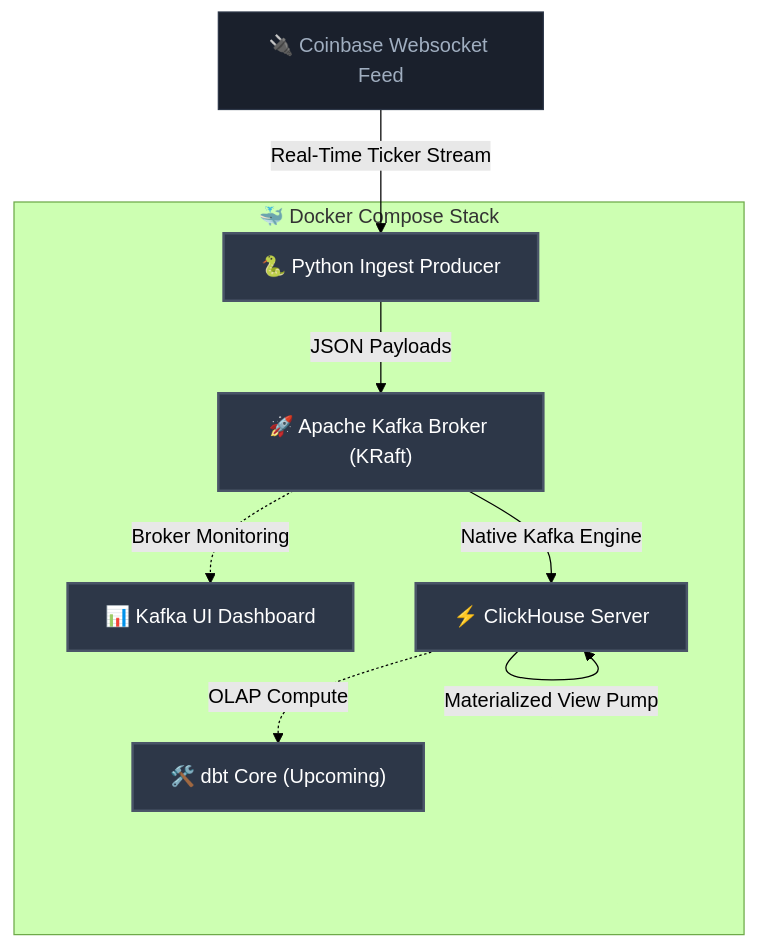
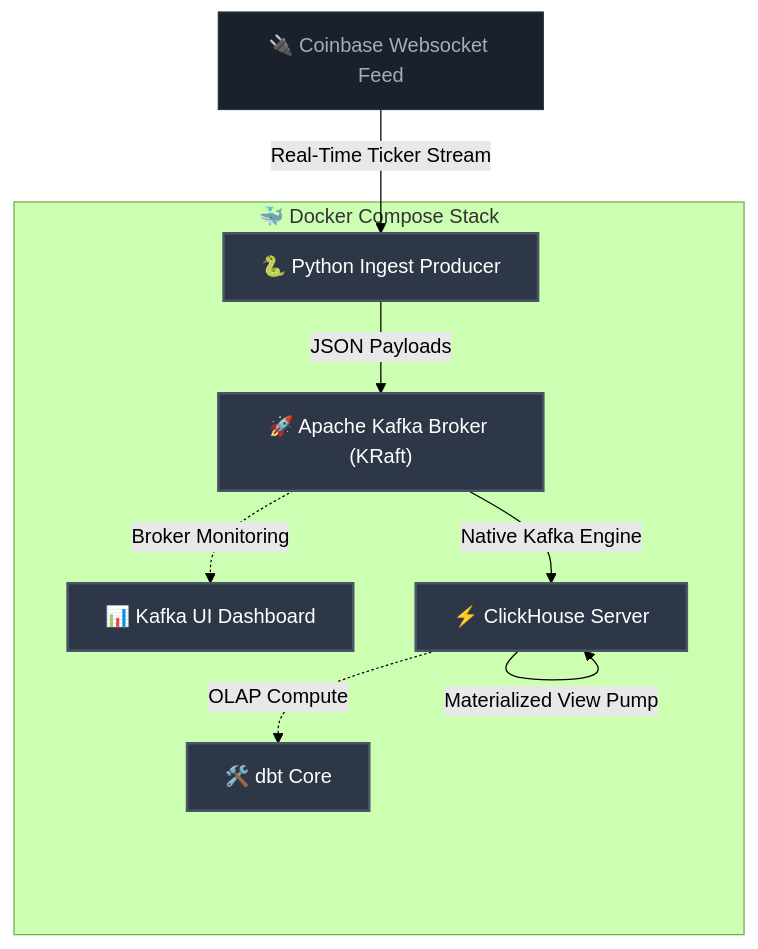
One commit to sysung/crypto-dash changed the diagram in README.md. Above: the diagram before and after it, drawn with Mermaid (forest theme). The commit also changed other lines of this file, not shown here.

````diff
--- a/README.md
+++ b/README.md
@@ -41,22 +9,22 @@
 ```mermaid
 graph TD
     classDef tech fill:#2d3748,stroke:#4a5568,stroke-width:2px,color:#fff;
     classDef external fill:#1a202c,stroke:#2d3748,color:#a0aec0;
 
     Coinbase["🔌 Coinbase Websocket Feed"]:::external
     
     subgraph Docker ["🐳 Docker Compose Stack"]
         Producer["🐍 Python Ingest Producer"]:::tech
         Kafka["🚀 Apache Kafka Broker (KRaft)"]:::tech
         KafkaUI["📊 Kafka UI Dashboard"]:::tech
         ClickHouse["⚡ ClickHouse Server"]:::tech
-        dbt["🛠️ dbt Core (Upcoming)"]:::tech
+        dbt["🛠️ dbt Core"]:::tech
     end
 
     Coinbase -->|Real-Time Ticker Stream| Producer
     Producer -->|JSON Payloads| Kafka
     Kafka -.->|Broker Monitoring| KafkaUI
     Kafka -->|Native Kafka Engine| ClickHouse
     ClickHouse -->|Materialized View Pump| ClickHouse
     ClickHouse -.->|OLAP Compute| dbt
 ```
````
